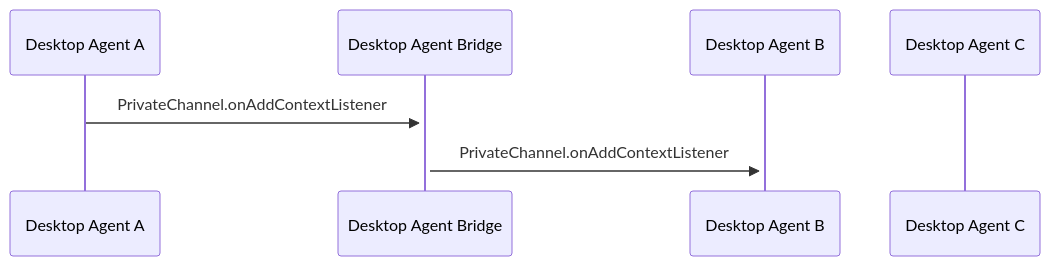
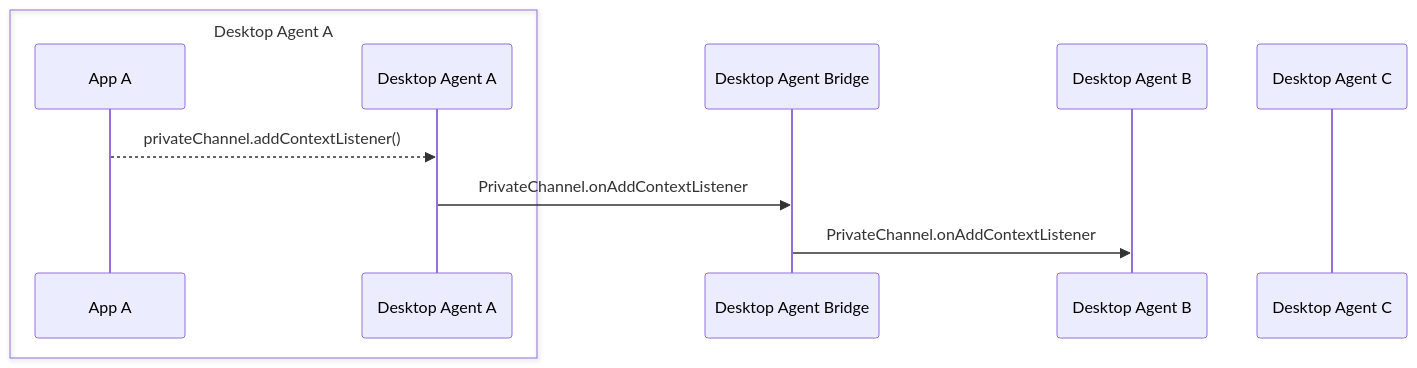
One commit to InteropIO/FDC3 changed the diagram in docs/agent-bridging/ref/PrivateChannel.onAddContextListener.md. Above: the diagram before and after it, drawn with Mermaid. The commit also changed 12 other files, not shown here.

Commit message:
Add the app to each reference page mermaid diagram to clarify how message exchanges work

````diff
--- a/docs/agent-bridging/ref/PrivateChannel.onAddContextListener.md
+++ b/docs/agent-bridging/ref/PrivateChannel.onAddContextListener.md
@@ -23,9 +23,13 @@
 ```mermaid
 sequenceDiagram
+    box Desktop Agent A
+    participant AA as App A
     participant DA as Desktop Agent A
+    end
     participant DAB as Desktop Agent Bridge
     participant DB as Desktop Agent B
     participant DC as Desktop Agent C
-    DA ->>+ DAB: PrivateChannel.onAddContextListener
-    DAB ->>+ DB: PrivateChannel.onAddContextListener
+    AA -->> DA: privateChannel.addContextListener()
+    DA ->> DAB: PrivateChannel.onAddContextListener
+    DAB ->> DB: PrivateChannel.onAddContextListener
 ```
````
